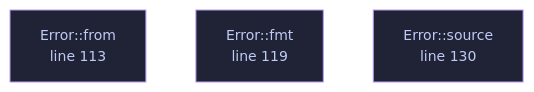
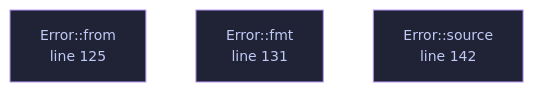
One commit to tilas01/veilvoice changed the diagram in docs/files/veilvoice-video/lib.md. Above: the diagram before and after it, drawn with Mermaid. The commit also changed other lines of this file and 51 other files, not shown here.

````diff
--- a/docs/files/veilvoice-video/lib.md
+++ b/docs/files/veilvoice-video/lib.md
@@ -100,12 +111,12 @@
 ```mermaid
 %%{init: {"theme":"base","themeVariables":{"background":"#1a1b26","primaryColor":"#1f2335","primaryTextColor":"#c0caf5","primaryBorderColor":"#7aa2f7","secondaryColor":"#16161e","tertiaryColor":"#16161e","lineColor":"#737aa2","textColor":"#c0caf5","mainBkg":"#1f2335","nodeBorder":"#7aa2f7","clusterBkg":"#16161e","clusterBorder":"#2f3549","fontFamily":"ui-monospace, SFMono-Regular, Consolas, monospace","fontSize":"14px"}}}%%
 flowchart TD
-    n_from["Error::from<br/>line 113"]
-    n_fmt["Error::fmt<br/>line 119"]
-    n_source["Error::source<br/>line 130"]
-    click n_from href "https://github.com/tilas01/veilvoice/blob/main/crates/veilvoice-video/src/lib.rs#L113" "open the source"
-    click n_fmt href "https://github.com/tilas01/veilvoice/blob/main/crates/veilvoice-video/src/lib.rs#L119" "open the source"
-    click n_source href "https://github.com/tilas01/veilvoice/blob/main/crates/veilvoice-video/src/lib.rs#L130" "open the source"
+    n_from["Error::from<br/>line 125"]
+    n_fmt["Error::fmt<br/>line 131"]
+    n_source["Error::source<br/>line 142"]
+    click n_from href "https://github.com/tilas01/veilvoice/blob/main/crates/veilvoice-video/src/lib.rs#L125" "open the source"
+    click n_fmt href "https://github.com/tilas01/veilvoice/blob/main/crates/veilvoice-video/src/lib.rs#L131" "open the source"
+    click n_source href "https://github.com/tilas01/veilvoice/blob/main/crates/veilvoice-video/src/lib.rs#L142" "open the source"
     classDef helper fill:#1f2335,stroke:#bb9af7,color:#c0caf5
     class n_from,n_fmt,n_source helper
 ```
````
